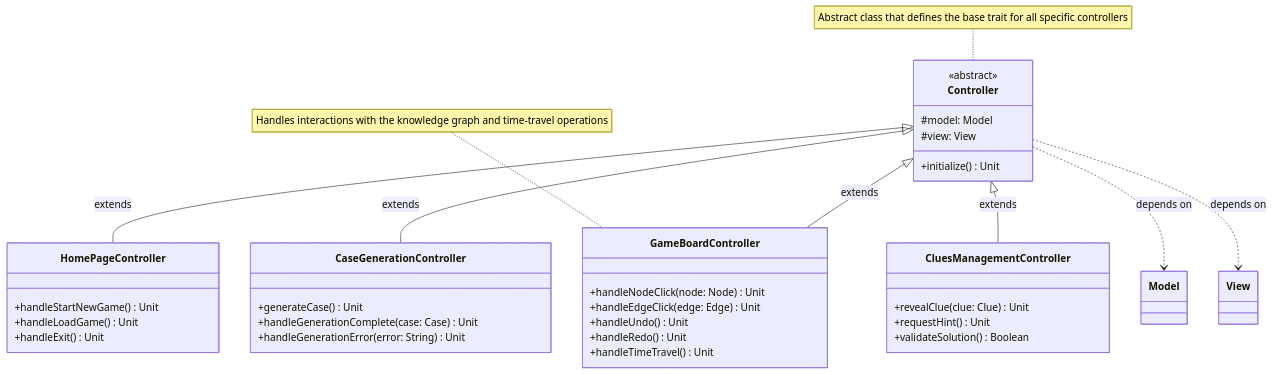
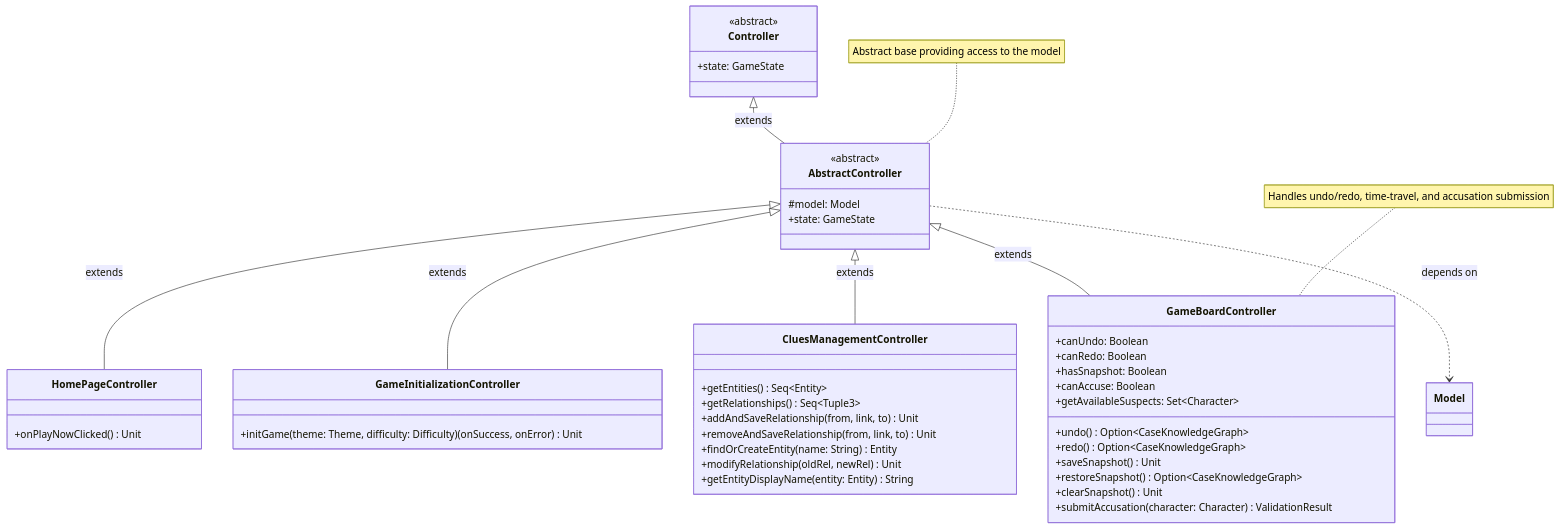
One commit to LucaSamore/Whodunnit changed the third of 4 diagrams in docs/report/3-high-level-design.md. Above: the diagram before and after it, drawn with Mermaid. The commit also changed other lines of this file and 1 other file, not shown here.

Commit message:
docs: update diagrams and figure captions

````diff
--- a/docs/report/3-high-level-design.md
+++ b/docs/report/3-high-level-design.md
@@ -195,46 +192,56 @@
 ```mermaid
 classDiagram
     class Controller {
         <<abstract>>
+        +state: GameState
+    }
+    
+    class AbstractController {
+        <<abstract>>
         #model: Model
-        #view: View
-        +initialize() Unit
+        +state: GameState
     }
     
     class HomePageController {
-        +handleStartNewGame() Unit
-        +handleLoadGame() Unit
-        +handleExit() Unit
+        +onPlayNowClicked() Unit
     }
     
-    class CaseGenerationController {
-        +generateCase() Unit
-        +handleGenerationComplete(case: Case) Unit
-        +handleGenerationError(error: String) Unit
+    class GameInitializationController {
+        +initGame(theme: Theme, difficulty: Difficulty)(onSuccess, onError) Unit
     }
     
     class GameBoardController {
-        +handleNodeClick(node: Node) Unit
-        +handleEdgeClick(edge: Edge) Unit
-        +handleUndo() Unit
-        +handleRedo() Unit
-        +handleTimeTravel() Unit
+        +undo() Option~CaseKnowledgeGraph~
+        +redo() Option~CaseKnowledgeGraph~
+        +canUndo: Boolean
+        +canRedo: Boolean
+        +saveSnapshot() Unit
+        +restoreSnapshot() Option~CaseKnowledgeGraph~
+        +hasSnapshot: Boolean
+        +clearSnapshot() Unit
+        +canAccuse: Boolean
+        +getAvailableSuspects: Set~Character~
+        +submitAccusation(character: Character) ValidationResult
     }
     
     class CluesManagementController {
-        +revealClue(clue: Clue) Unit
-        +requestHint() Unit
-        +validateSolution() Boolean
+        +getEntities() Seq~Entity~
+        +getRelationships() Seq~Tuple3~
+        +addAndSaveRelationship(from, link, to) Unit
+        +removeAndSaveRelationship(from, link, to) Unit
+        +findOrCreateEntity(name: String) Entity
+        +modifyRelationship(oldRel, newRel) Unit
+        +getEntityDisplayName(entity: Entity) String
     }
     
-    Controller <|-- HomePageController : extends
-    Controller <|-- CaseGenerationController : extends
-    Controller <|-- GameBoardController : extends
-    Controller <|-- CluesManagementController : extends
+    Controller <|-- AbstractController : extends
+    AbstractController <|-- HomePageController : extends
+    AbstractController <|-- GameInitializationController : extends
+    AbstractController <|-- GameBoardController : extends
+    AbstractController <|-- CluesManagementController : extends
     
-    Controller ..> Model : depends on
-    Controller ..> View : depends on
+    AbstractController ..> Model : depends on
     
-    note for Controller "Abstract class that defines the base trait for all specific controllers"
-    note for GameBoardController "Handles interactions with the knowledge graph and time-travel operations"
+    note for AbstractController "Abstract base providing access to the model"
+    note for GameBoardController "Handles undo/redo, time-travel, and accusation submission"
 ```
````
